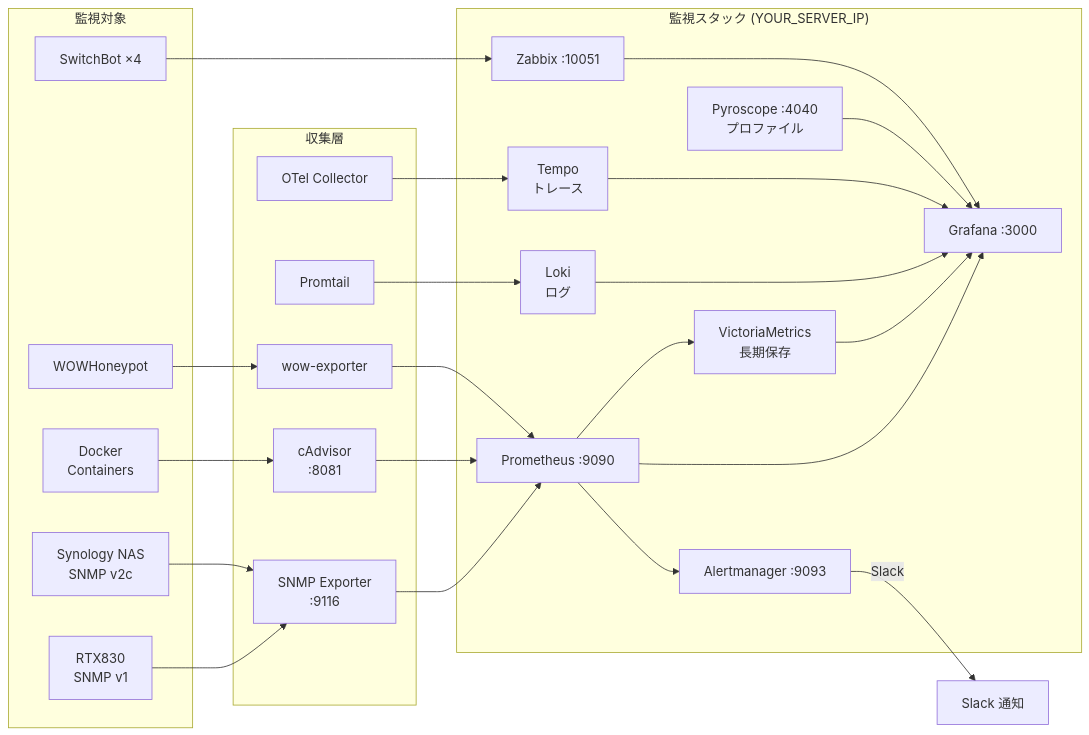
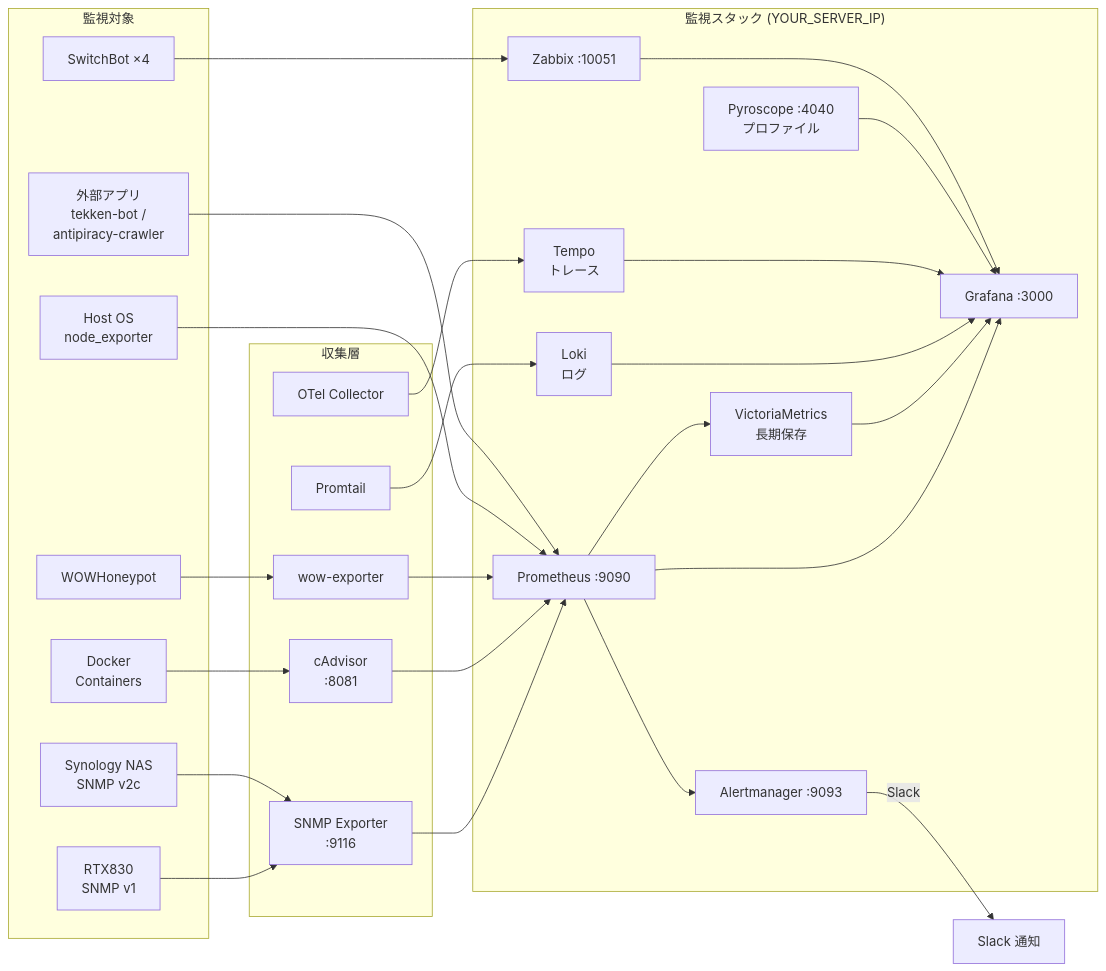
The diagram in README.md (KazukiShinomiya/monitoring-lab-terraform), drawn with Mermaid before and after one commit. The commit also changed other lines of this file and 2 other files, not shown here.

````diff
--- a/README.md
+++ b/README.md
@@ -20,46 +20,50 @@
 ```mermaid
 flowchart LR
   subgraph T["監視対象"]
     RTX["RTX830<br/>SNMP v1"]
     SYN["Synology NAS<br/>SNMP v2c"]
     SW["SwitchBot ×4"]
     DC["Docker<br/>Containers"]
     WOW["WOWHoneypot"]
+    HOST["Host OS<br/>node_exporter"]
+    APP["外部アプリ<br/>tekken-bot /<br/>antipiracy-crawler"]
   end
   subgraph C["収集層"]
     SNMP["SNMP Exporter<br/>:9116"]
     CAD["cAdvisor<br/>:8081"]
     PT["Promtail"]
     OTEL["OTel Collector"]
     WEXP["wow-exporter"]
   end
   subgraph S["監視スタック (YOUR_SERVER_IP)"]
     PROM["Prometheus :9090"]
     VM["VictoriaMetrics<br/>長期保存"]
     LOKI["Loki<br/>ログ"]
     TEMPO["Tempo<br/>トレース"]
     PYRO["Pyroscope :4040<br/>プロファイル"]
     ZBX["Zabbix :10051"]
     AM["Alertmanager :9093"]
     GRAF["Grafana :3000"]
   end
   RTX --> SNMP
   SYN --> SNMP
   DC --> CAD
   WOW --> WEXP
   SNMP --> PROM
   CAD --> PROM
   WEXP --> PROM
+  HOST --> PROM
+  APP --> PROM
   SW --> ZBX
   PT --> LOKI
   OTEL --> TEMPO
   PROM --> VM
   PROM --> AM
   AM -->|Slack| SLACK["Slack 通知"]
   PROM --> GRAF
   VM --> GRAF
   LOKI --> GRAF
   TEMPO --> GRAF
   PYRO --> GRAF
   ZBX --> GRAF
 ```
````
